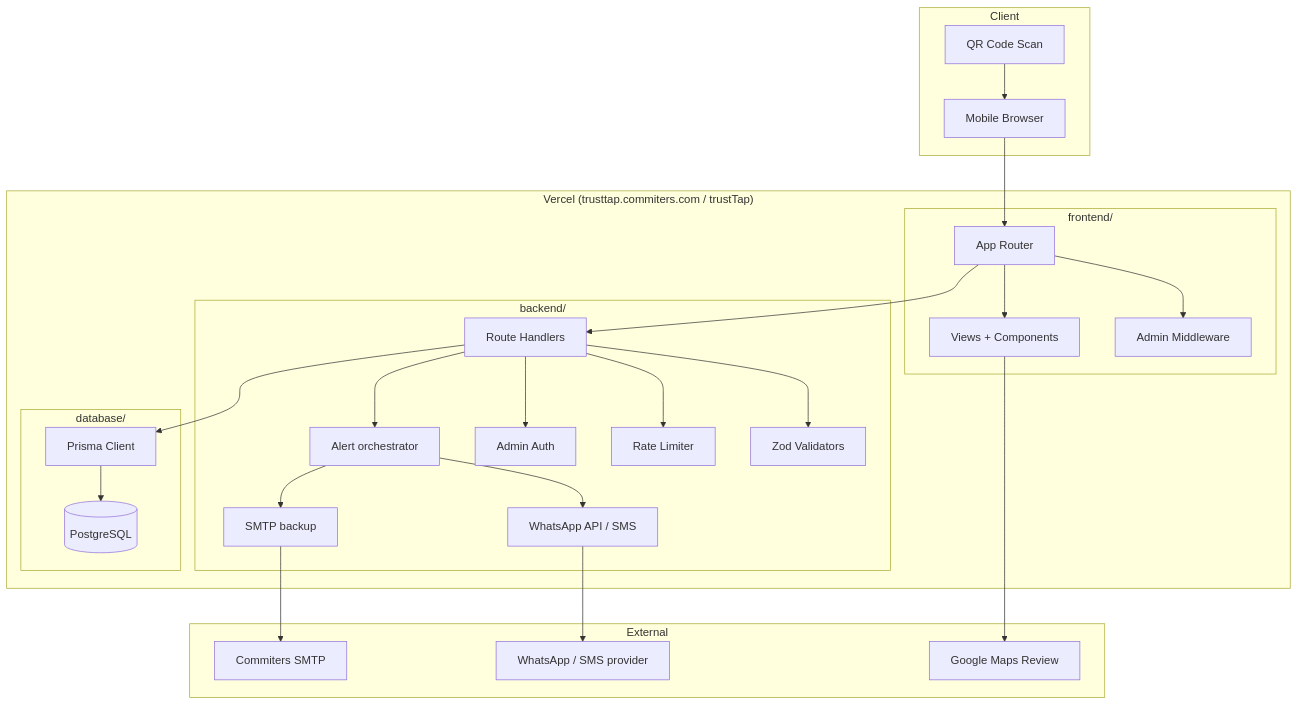
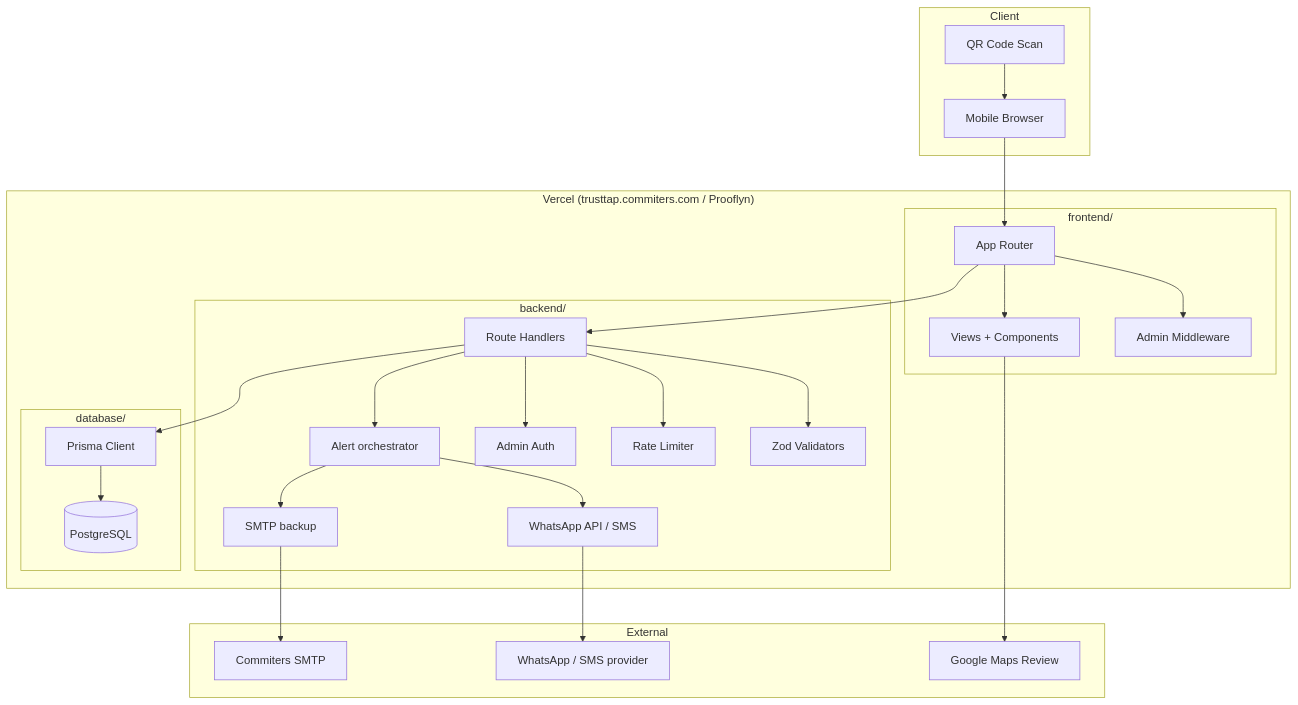
One commit to niteshrav/GoogleReviewQR changed the first of 6 diagrams in docs/PHASE_1_ARCHITECTURE.md. Above: the diagram before and after it, drawn with Mermaid. The commit also changed other lines of this file and 54 other files, not shown here.

First line of the commit message:
Rename the product from trustTap to Prooflyn.

````diff
--- a/docs/PHASE_1_ARCHITECTURE.md
+++ b/docs/PHASE_1_ARCHITECTURE.md
@@ -27,53 +27,53 @@
 ```mermaid
 flowchart TB
     subgraph Client
         QR[QR Code Scan]
         Browser[Mobile Browser]
     end
 
-    subgraph Vercel["Vercel (trusttap.commiters.com / trustTap)"]
+    subgraph Vercel["Vercel (trusttap.commiters.com / Prooflyn)"]
         subgraph Frontend["frontend/"]
             AppRouter[App Router]
             Middleware[Admin Middleware]
             Views[Views + Components]
         end
 
         subgraph Backend["backend/"]
             Routes[Route Handlers]
             Validators[Zod Validators]
             RateLimit[Rate Limiter]
             Auth[Admin Auth]
             Alerts[Alert orchestrator]
             Email[SMTP backup]
             Phone[WhatsApp API / SMS]
         end
 
         subgraph Database["database/"]
             Prisma[Prisma Client]
             Schema[(PostgreSQL)]
         end
     end
 
     subgraph External
         Google[Google Maps Review]
         SMTP[Commiters SMTP]
         WA[WhatsApp / SMS provider]
     end
 
     QR --> Browser
     Browser --> AppRouter
     AppRouter --> Middleware
     AppRouter --> Views
     AppRouter --> Routes
     Routes --> Validators
     Routes --> RateLimit
     Routes --> Auth
     Routes --> Alerts
     Alerts --> Phone
     Alerts --> Email
     Routes --> Prisma
     Prisma --> Schema
     Views --> Google
     Email --> SMTP
     Phone --> WA
 ```
````
